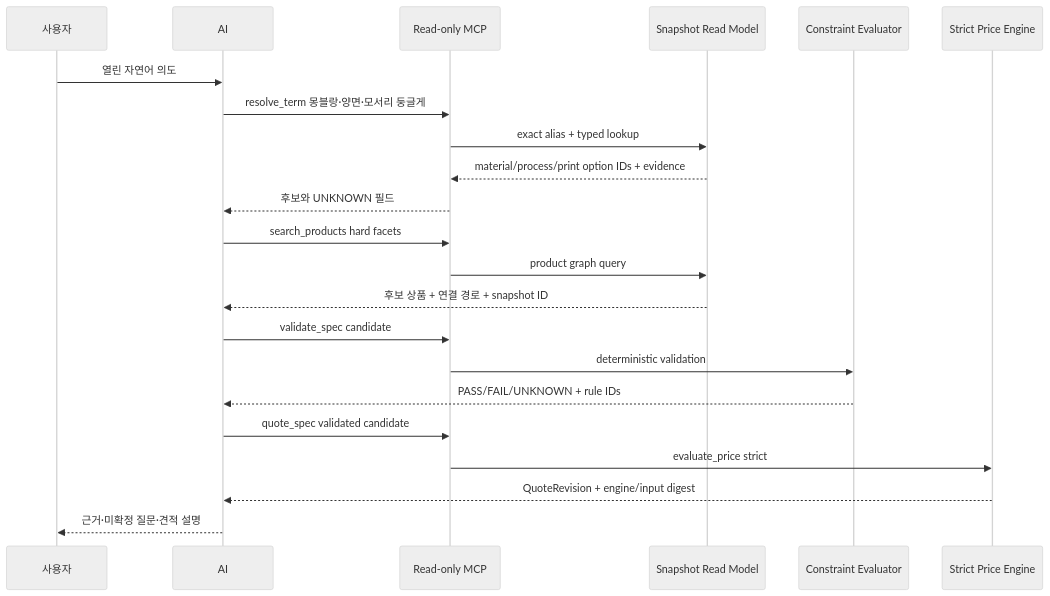
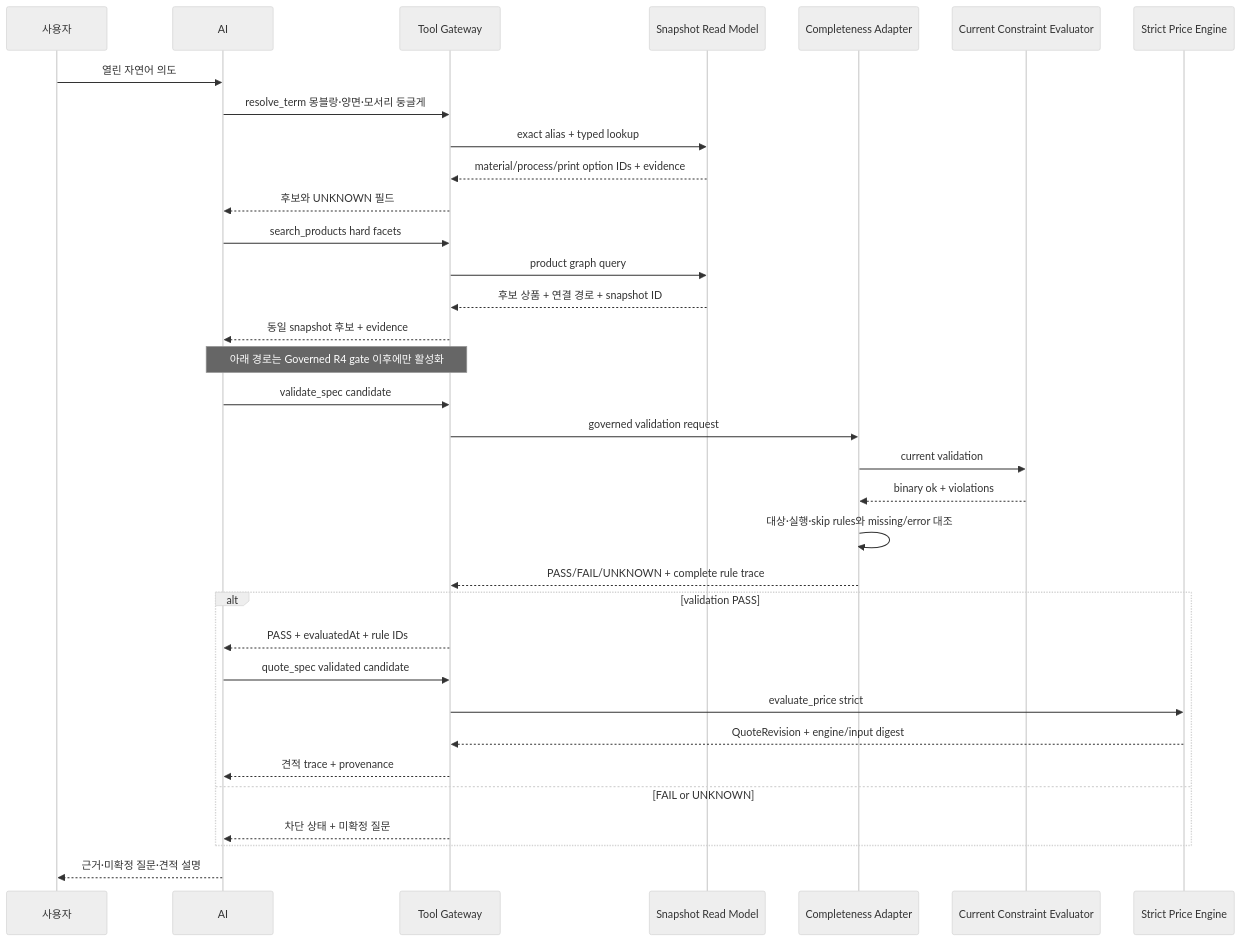
Before and after one commit to skeeper75/HuniWeb: the seventh of 7 diagrams in _workspace/ai-ready-db-recipe/AI-READY-LIVE-DB-RECIPE.md, drawn with Mermaid (neutral theme). The commit also changed other lines of this file and 5 other files, not shown here.

````diff
--- a/_workspace/ai-ready-db-recipe/AI-READY-LIVE-DB-RECIPE.md
+++ b/_workspace/ai-ready-db-recipe/AI-READY-LIVE-DB-RECIPE.md
@@ -628,25 +675,37 @@
 ```mermaid
 sequenceDiagram
     participant U as 사용자
     participant A as AI
-    participant M as Read-only MCP
+    participant M as Tool Gateway
     participant R as Snapshot Read Model
-    participant V as Constraint Evaluator
+    participant C as Completeness Adapter
+    participant V as Current Constraint Evaluator
     participant P as Strict Price Engine
 
     U->>A: 열린 자연어 의도
     A->>M: resolve_term 몽블랑·양면·모서리 둥글게
     M->>R: exact alias + typed lookup
     R-->>M: material/process/print option IDs + evidence
     M-->>A: 후보와 UNKNOWN 필드
     A->>M: search_products hard facets
     M->>R: product graph query
-    R-->>A: 후보 상품 + 연결 경로 + snapshot ID
+    R-->>M: 후보 상품 + 연결 경로 + snapshot ID
+    M-->>A: 동일 snapshot 후보 + evidence
+    Note over A,M: 아래 경로는 Governed R4 gate 이후에만 활성화
     A->>M: validate_spec candidate
-    M->>V: deterministic validation
-    V-->>A: PASS/FAIL/UNKNOWN + rule IDs
-    A->>M: quote_spec validated candidate
-    M->>P: evaluate_price strict
-    P-->>A: QuoteRevision + engine/input digest
+    M->>C: governed validation request
+    C->>V: current validation
+    V-->>C: binary ok + violations
+    C->>C: 대상·실행·skip rules와 missing/error 대조
+    C-->>M: PASS/FAIL/UNKNOWN + complete rule trace
+    alt validation PASS
+        M-->>A: PASS + evaluatedAt + rule IDs
+        A->>M: quote_spec validated candidate
+        M->>P: evaluate_price strict
+        P-->>M: QuoteRevision + engine/input digest
+        M-->>A: 견적 trace + provenance
+    else FAIL or UNKNOWN
+        M-->>A: 차단 상태 + 미확정 질문
+    end
     A-->>U: 근거·미확정 질문·견적 설명
 ```
````
